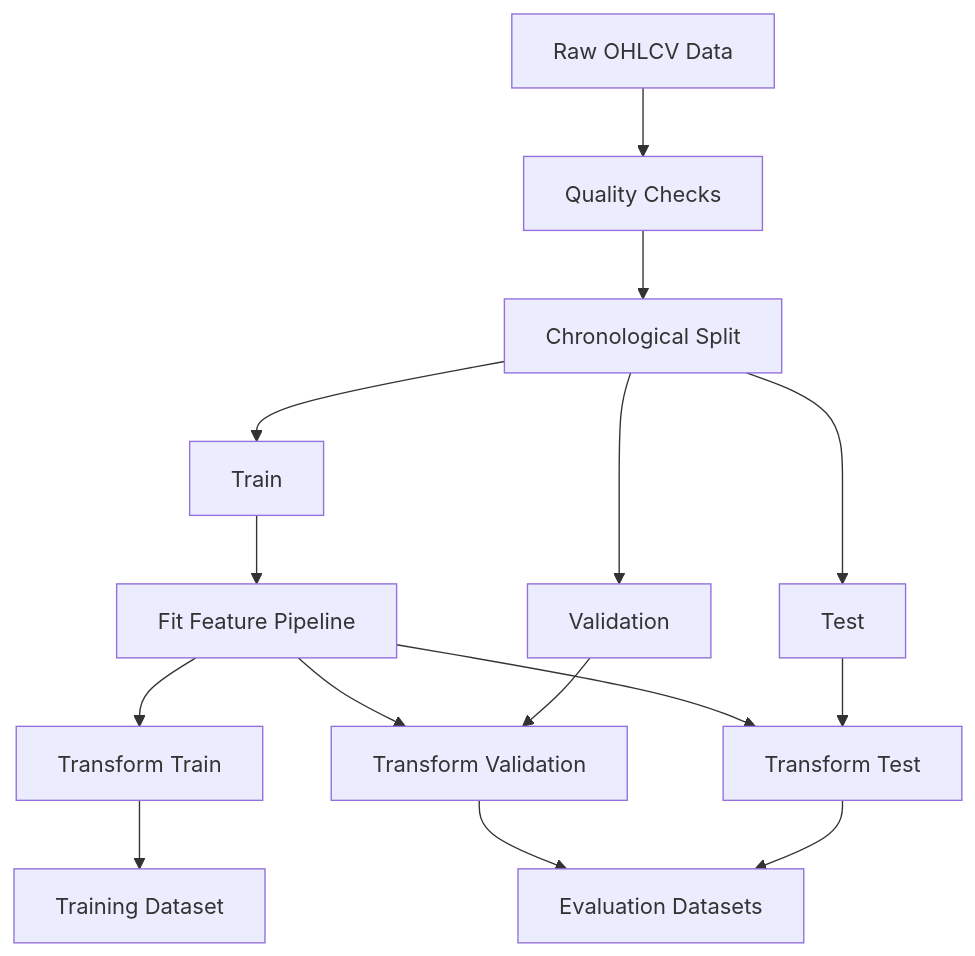
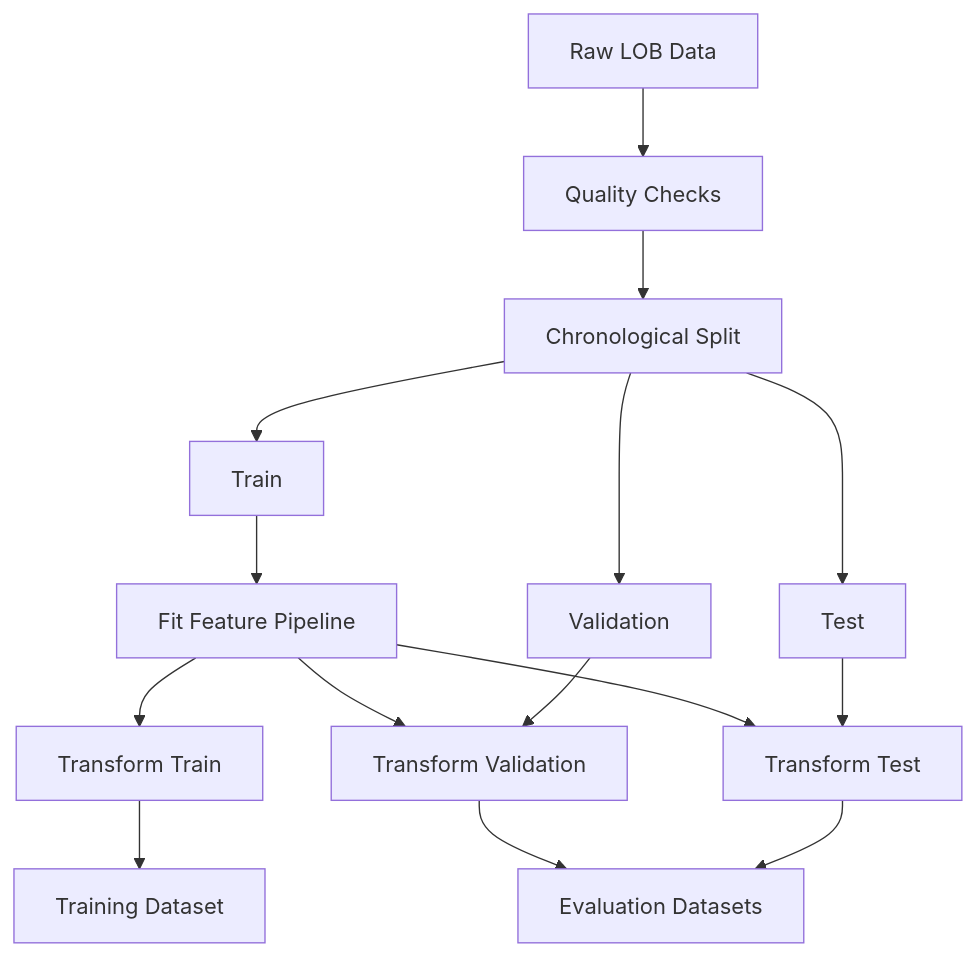
The diagram in thesis/qmd/src/06-01-data-preparation.qmd (kwojdalski/masters_thesis), drawn with Mermaid before and after one commit. The commit also changed other lines of this file and 5 other files, not shown here.

````diff
--- a/thesis/qmd/src/06-01-data-preparation.qmd
+++ b/thesis/qmd/src/06-01-data-preparation.qmd
@@ -213,17 +214,17 @@
 ```mermaid
 flowchart TD
-    A[Raw OHLCV Data] --> B[Quality Checks]
+    A[Raw LOB Data] --> B[Quality Checks]
     B --> C[Chronological Split]
     C --> D[Train]
     C --> E[Validation]
     C --> F[Test]
     D --> G[Fit Feature Pipeline]
     G --> H[Transform Train]
     G --> I[Transform Validation]
     G --> J[Transform Test]
     E --> I
     F --> J
     H --> K[Training Dataset]
     I --> L[Evaluation Datasets]
     J --> L
 ```
````
